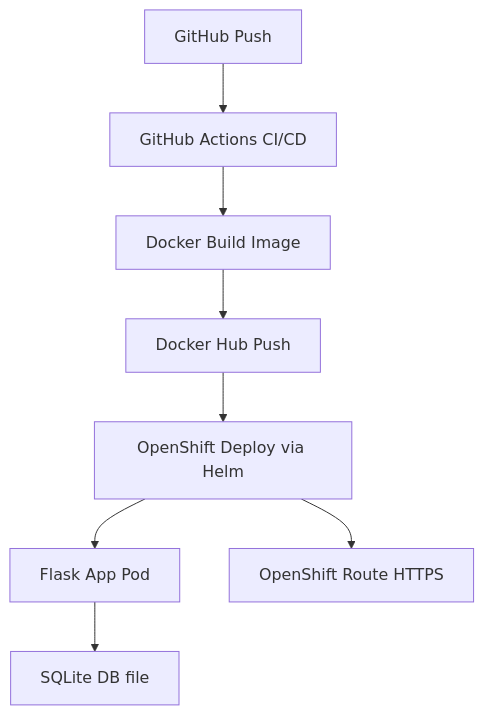
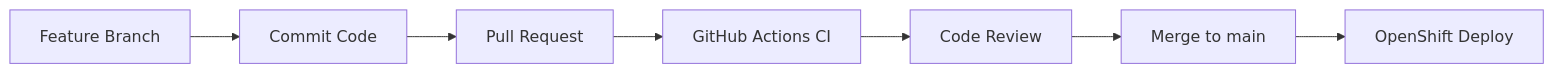
One commit to Andrea78Epis/CI-CD-Microservice-su-OpenShift-with-helm changed the diagram in README.md. Above: the diagram before and after it, drawn with Mermaid.

````diff
--- a/README.md
+++ b/README.md
@@ -11,10 +11,9 @@
 ```mermaid
-flowchart TD
-    A[GitHub Push] --> B[GitHub Actions CI/CD]
-    B --> C[Docker Build Image]
-    C --> D[Docker Hub Push]
-    D --> E[OpenShift Deploy via Helm]
-    E --> F[Flask App Pod]
-    F --> G[SQLite DB file]
-    E --> H[OpenShift Route HTTPS]
+flowchart LR
+    A[Feature Branch] --> B[Commit Code]
+    B --> C[Pull Request]
+    C --> D[GitHub Actions CI]
+    D --> E[Code Review]
+    E --> F[Merge to main]
+    F --> G[OpenShift Deploy]
 ```
````
